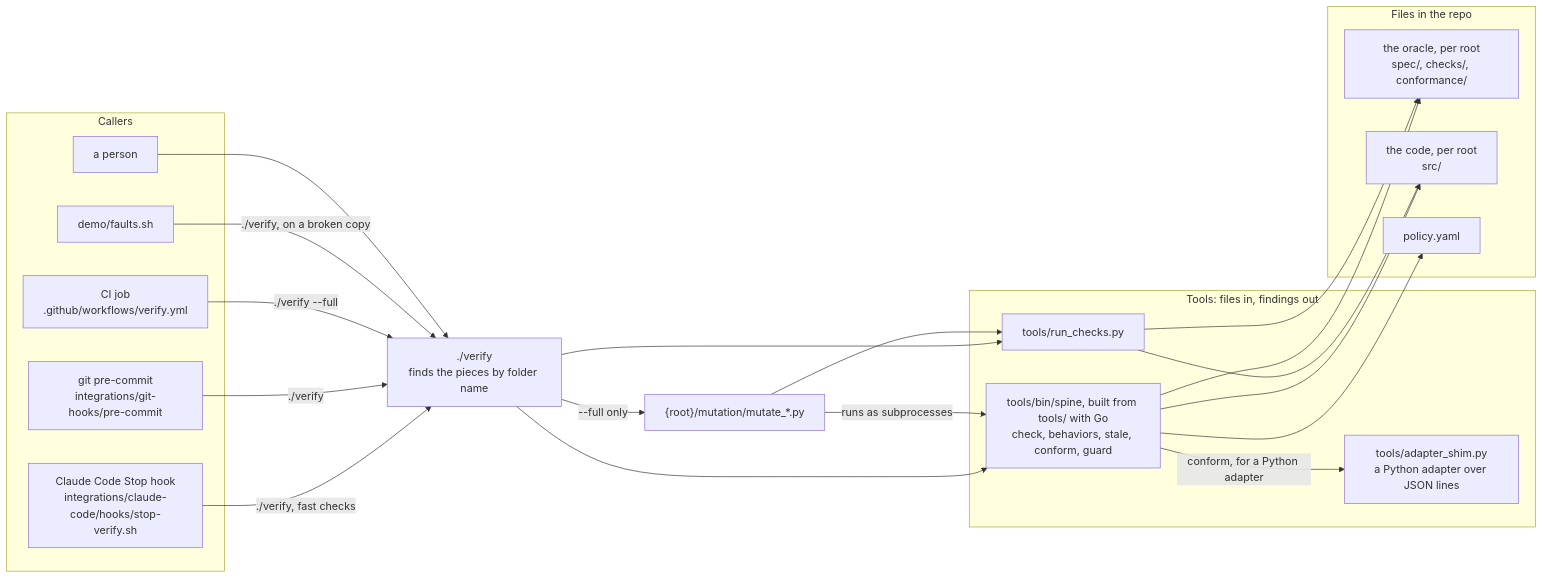
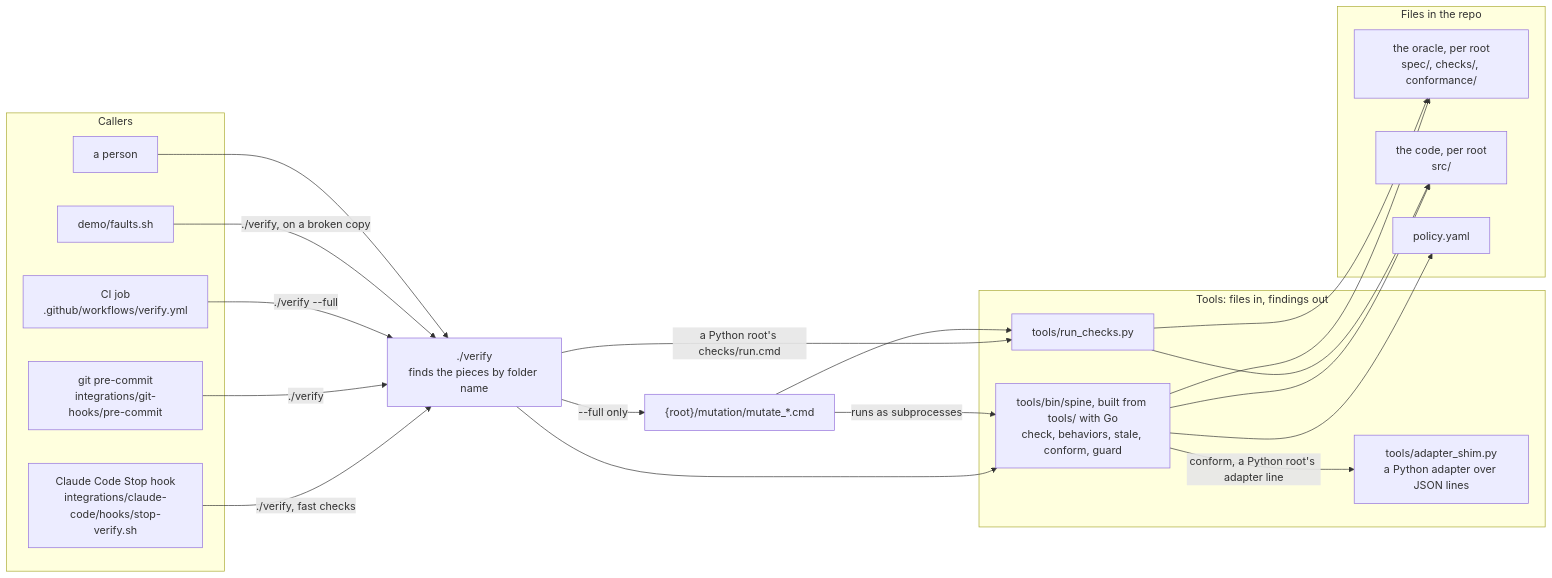
The first of 7 diagrams in docs/architecture.md (23min/verifier-kit), drawn with Mermaid before and after one commit. The commit also changed other lines of this file and 23 other files, not shown here.

````diff
--- a/docs/architecture.md
+++ b/docs/architecture.md
@@ -15,38 +15,38 @@
 ```mermaid
 flowchart LR
   subgraph callers["Callers"]
     stop["Claude Code Stop hook<br/>integrations/claude-code/hooks/stop-verify.sh"]
     pre["git pre-commit<br/>integrations/git-hooks/pre-commit"]
     ci["CI job<br/>.github/workflows/verify.yml"]
     faults["demo/faults.sh"]
     person["a person"]
   end
   verify["./verify<br/>finds the pieces by folder name"]
   subgraph tools["Tools: files in, findings out"]
     spine["tools/bin/spine, built from tools/ with Go<br/>check, behaviors, stale, conform, guard"]
     rc["tools/run_checks.py"]
     shim["tools/adapter_shim.py<br/>a Python adapter over JSON lines"]
   end
-  mut["{root}/mutation/mutate_*.py"]
+  mut["{root}/mutation/mutate_*.cmd"]
   subgraph files["Files in the repo"]
     oracle["the oracle, per root<br/>spec/, checks/, conformance/"]
     code["the code, per root<br/>src/"]
     policy["policy.yaml"]
   end
   stop -->|"./verify, fast checks"| verify
   pre -->|"./verify"| verify
   ci -->|"./verify --full"| verify
   faults -->|"./verify, on a broken copy"| verify
   person --> verify
   verify --> spine
-  verify --> rc
-  spine -->|"conform, for a Python adapter"| shim
+  verify -->|"a Python root's checks/run.cmd"| rc
+  spine -->|"conform, a Python root's adapter line"| shim
   verify -->|"--full only"| mut
   mut -->|"runs as subprocesses"| spine
   mut --> rc
   spine --> oracle
   spine --> code
   spine --> policy
   rc --> oracle
   rc --> code
 ```
````
